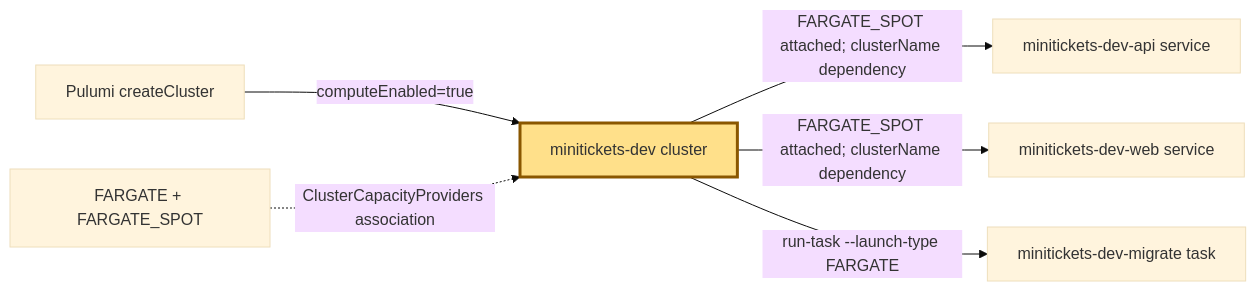
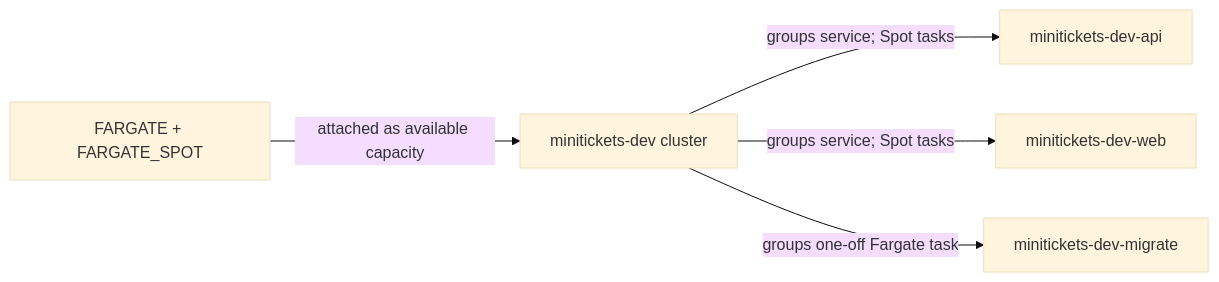
The diagram in docs/handbook/concepts/ecs-cluster.md (maheshnd/minitickets), drawn with Mermaid (base theme) before and after one commit. The commit also changed other lines of this file and 39 other files, not shown here.

````diff
--- a/docs/handbook/concepts/ecs-cluster.md
+++ b/docs/handbook/concepts/ecs-cluster.md
@@ -13,10 +17,7 @@
 ```mermaid
 flowchart LR
-    P["Pulumi createCluster"] -->|"computeEnabled=true"| C["minitickets-dev cluster"]
-    C -->|"FARGATE_SPOT attached; clusterName dependency"| A["minitickets-dev-api service"]
-    C -->|"FARGATE_SPOT attached; clusterName dependency"| W["minitickets-dev-web service"]
-    C -->|"run-task --launch-type FARGATE"| M["minitickets-dev-migrate task"]
-    CP["FARGATE + FARGATE_SPOT"] -.->|"ClusterCapacityProviders association"| C
-    classDef focus fill:#ffe08a,stroke:#8a5700,stroke-width:3px
-    class C focus
+    providers["FARGATE + FARGATE_SPOT"] -->|"attached as available capacity"| cluster["minitickets-dev cluster"]
+    cluster -->|"groups service; Spot tasks"| api["minitickets-dev-api"]
+    cluster -->|"groups service; Spot tasks"| web["minitickets-dev-web"]
+    cluster -->|"groups one-off Fargate task"| migration["minitickets-dev-migrate"]
 ```
````
